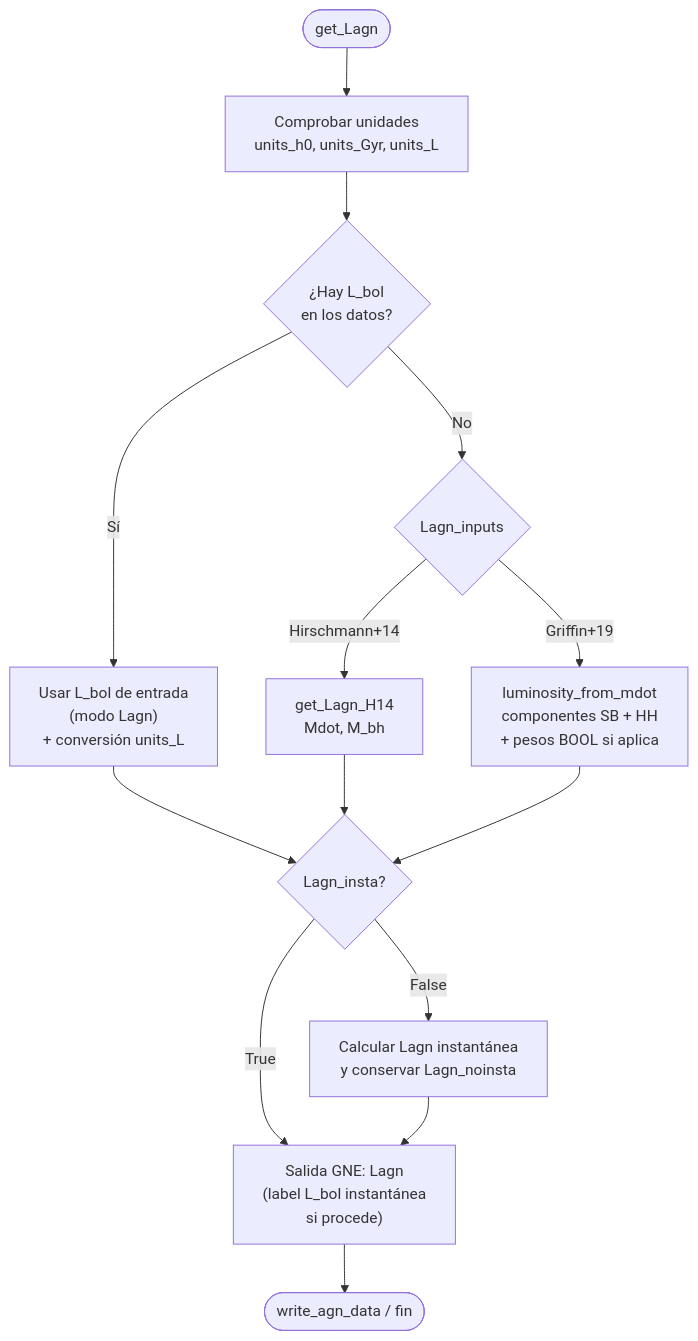
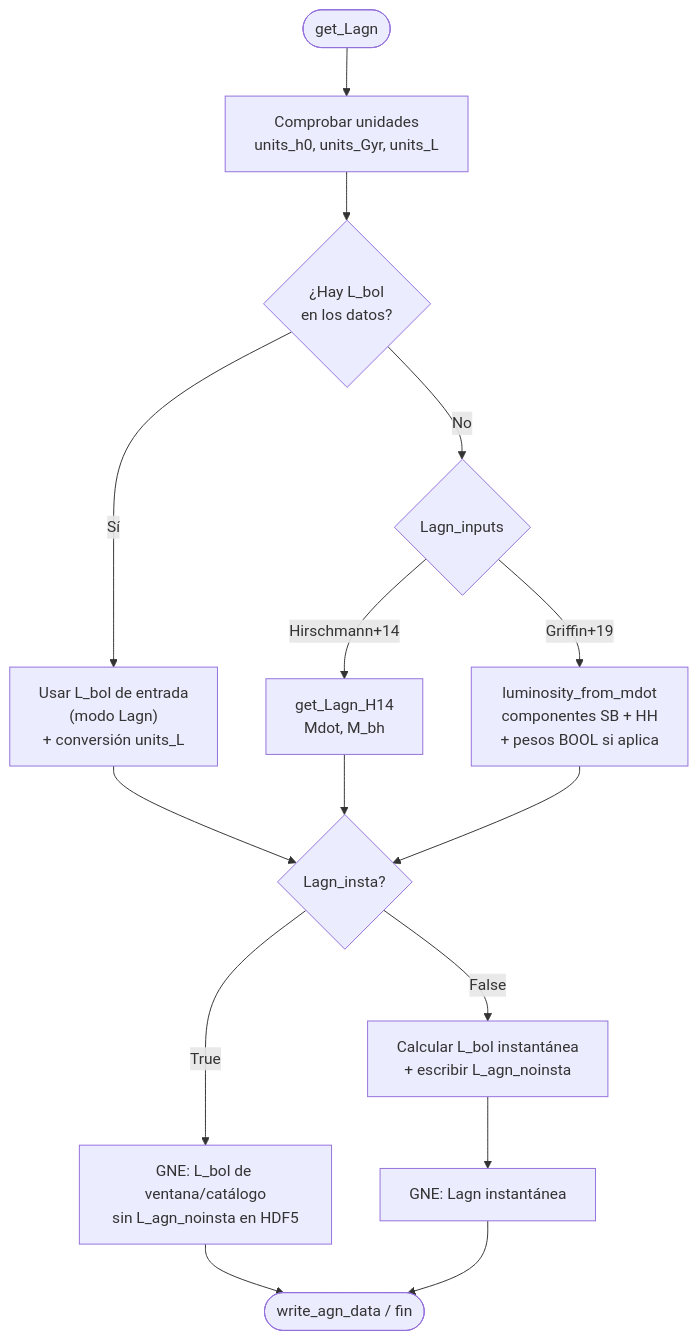
One commit to santhiperbolico/phd-agents-toolkit changed the diagram in docs/get_nebular_emission/gne-griffin-lagn-insta/spec.md. Above: the diagram before and after it, drawn with Mermaid. The commit also changed other lines of this file and 2 other files, not shown here.

First line of the commit message:
Sync Griffin+19 GNE docs with PR #38 implementation

````diff
--- a/docs/get_nebular_emission/gne-griffin-lagn-insta/spec.md
+++ b/docs/get_nebular_emission/gne-griffin-lagn-insta/spec.md
@@ -19,23 +19,24 @@
 ```mermaid
 flowchart TD
     START([get_Lagn]) --> UNITS[Comprobar unidades<br/>units_h0, units_Gyr, units_L]
     UNITS --> Q_LBOL{¿Hay L_bol<br/>en los datos?}
 
     Q_LBOL -->|Sí| READ["Usar L_bol de entrada<br/>(modo Lagn)<br/>+ conversión units_L"]
     Q_LBOL -->|No| MODEL{Lagn_inputs}
 
     MODEL -->|Hirschmann+14| H14[get_Lagn_H14<br/>Mdot, M_bh]
     MODEL -->|Griffin+19| G19["luminosity_from_mdot<br/>componentes SB + HH<br/>+ pesos BOOL si aplica"]
 
     READ --> Q_INSTA
     H14 --> Q_INSTA
     G19 --> Q_INSTA
 
     Q_INSTA{Lagn_insta?}
 
-    Q_INSTA -->|True| OUT_GNE["Salida GNE: Lagn<br/>(label L_bol instantánea<br/>si procede)"]
-    Q_INSTA -->|False| CALC_BOTH["Calcular Lagn instantánea<br/>y conservar Lagn_noinsta"]
+    Q_INSTA -->|True| OUT_WIN["GNE: L_bol de ventana/catálogo<br/>sin L_agn_noinsta en HDF5"]
+    Q_INSTA -->|False| CALC_INSTA["Calcular L_bol instantánea<br/>+ escribir L_agn_noinsta"]
 
-    CALC_BOTH --> OUT_GNE
-    OUT_GNE --> FIN([write_agn_data / fin])
+    CALC_INSTA --> OUT_INSTA["GNE: Lagn instantánea"]
+    OUT_WIN --> FIN([write_agn_data / fin])
+    OUT_INSTA --> FIN
 ```
````
